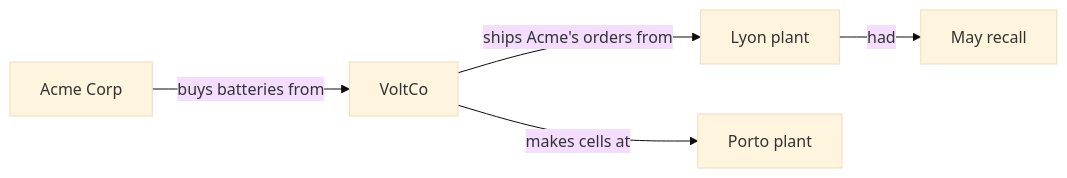
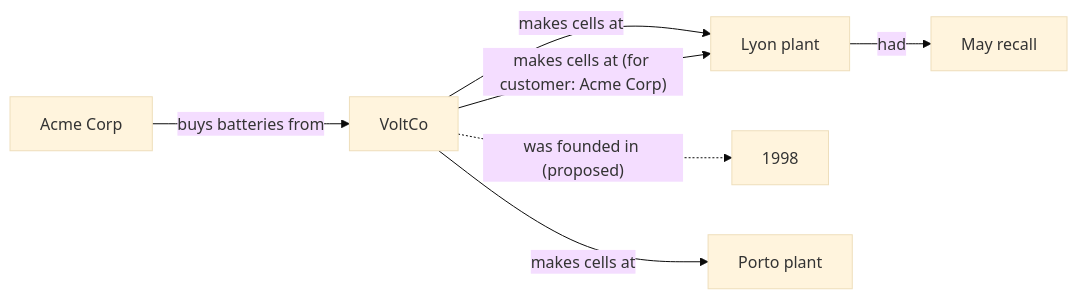
Before and after one commit to ndg13b/CommonGround: the diagram in README.md, drawn with Mermaid (base theme). The commit also changed other lines of this file and 8 other files, not shown here.

````diff
--- a/README.md
+++ b/README.md
@@ -17,12 +23,15 @@
 ```mermaid
 graph LR
     n0["Acme Corp"]
     n1["VoltCo"]
     n2["Lyon plant"]
-    n3["May recall"]
-    n4["Porto plant"]
+    n3["1998"]
+    n4["May recall"]
+    n5["Porto plant"]
     n0 -- "buys batteries from" --> n1
-    n2 -- "had" --> n3
-    n1 -- "makes cells at" --> n4
-    n1 -- "ships Acme's orders from" --> n2
+    n1 -- "makes cells at" --> n2
+    n1 -. "was founded in (proposed)" .-> n3
+    n2 -- "had" --> n4
+    n1 -- "makes cells at" --> n5
+    n1 -- "makes cells at (for customer: Acme Corp)" --> n2
 ```
````
